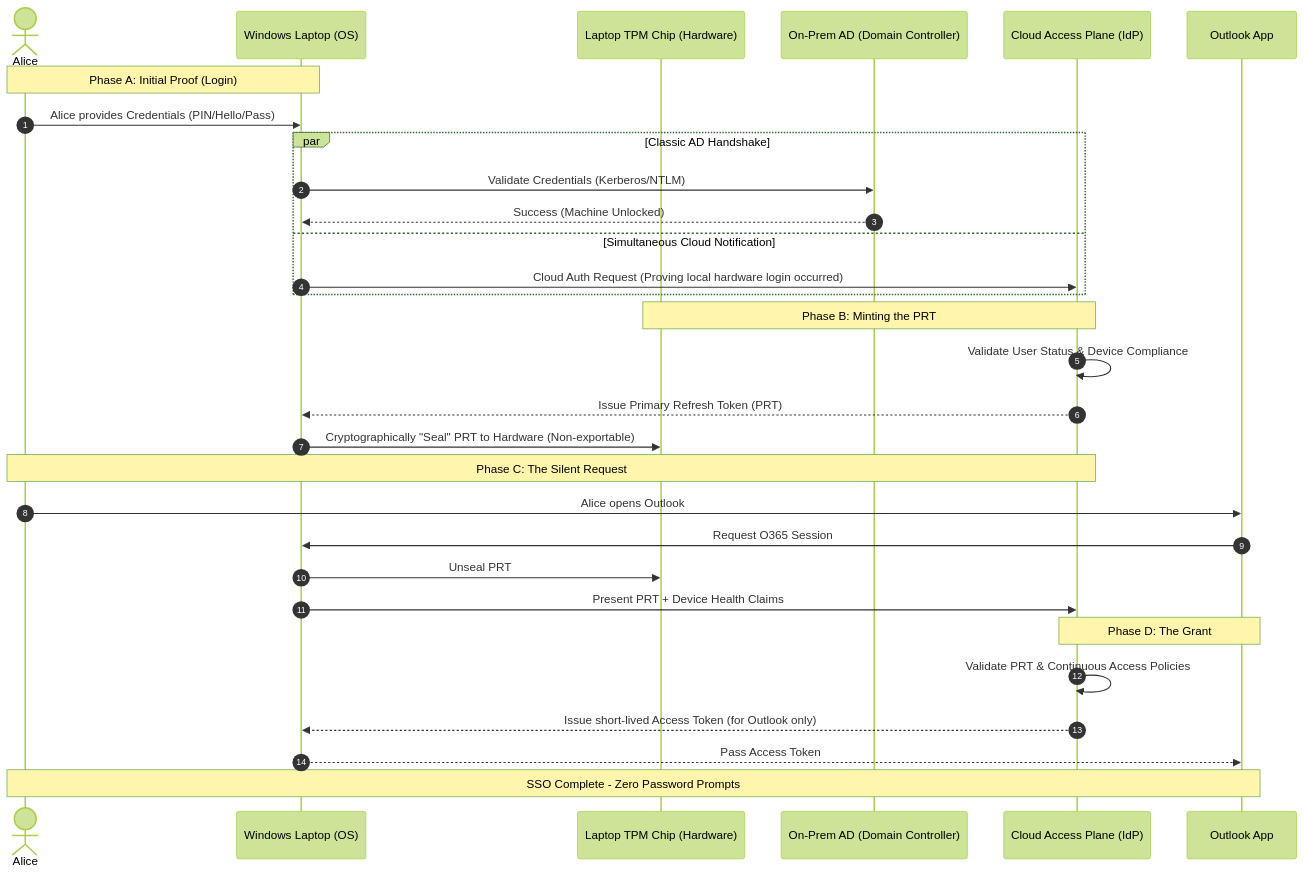
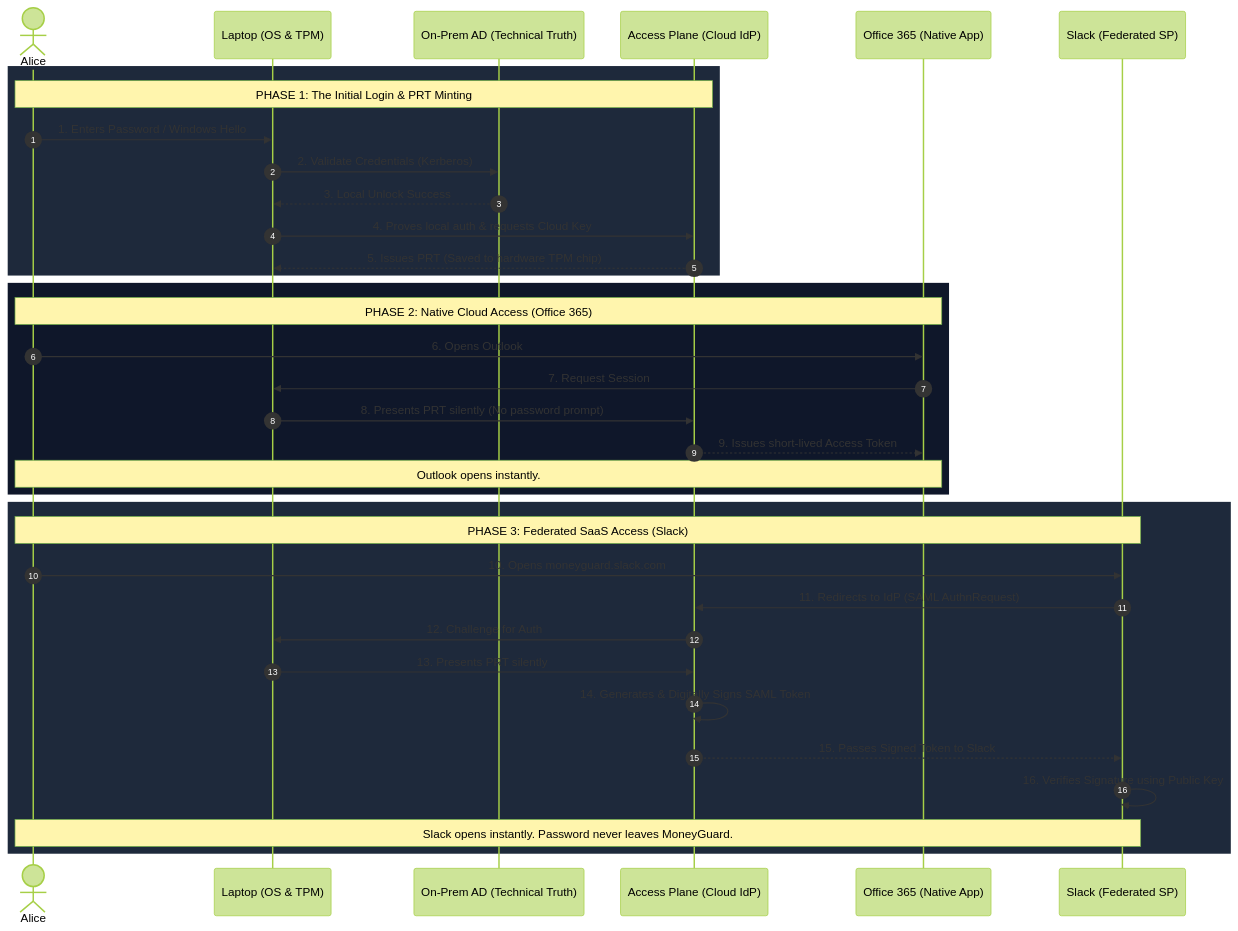
The second of 2 diagrams in 01_Core_IAM_Concepts/06_Identity_Repositories.md (nirajp82/IdentityAccessManagement_IAM), drawn with Mermaid (forest theme) before and after one commit.

Commit message:
Revise sequence diagram for identity repositories
Updated sequence diagram to reflect changes in participants and phases for identity repositories.

````diff
--- a/01_Core_IAM_Concepts/06_Identity_Repositories.md
+++ b/01_Core_IAM_Concepts/06_Identity_Repositories.md
@@ -101,37 +101,40 @@
 ```mermaid
 sequenceDiagram
     autonumber
     actor A as Alice
-    participant L as Windows Laptop (OS)
-    participant TPM as Laptop TPM Chip (Hardware)
-    participant AD as On-Prem AD (Domain Controller)
-    participant AP as Cloud Access Plane (IdP)
-    participant O as Outlook App
+    participant L as Laptop (OS & TPM)
+    participant AD as On-Prem AD (Technical Truth)
+    participant AP as Access Plane (Cloud IdP)
+    participant O as Office 365 (Native App)
+    participant S as Slack (Federated SP)
 
-    Note over A, L: Phase A: Initial Proof (Login)
-    A->>L: Alice provides Credentials (PIN/Hello/Pass)
-    par Classic AD Handshake
-        L->>AD: Validate Credentials (Kerberos/NTLM)
-        AD-->>L: Success (Machine Unlocked)
-    and Simultaneous Cloud Notification
-        L->>AP: Cloud Auth Request (Proving local hardware login occurred)
+    rect rgb(30, 41, 59)
+    Note over A, AP: PHASE 1: The Initial Login & PRT Minting
+    A->>L: 1. Enters Password / Windows Hello
+    L->>AD: 2. Validate Credentials (Kerberos)
+    AD-->>L: 3. Local Unlock Success
+    L->>AP: 4. Proves local auth & requests Cloud Key
+    AP-->>L: 5. Issues PRT (Saved to hardware TPM chip)
     end
 
-    Note over AP, TPM: Phase B: Minting the PRT
-    AP->>AP: Validate User Status & Device Compliance
-    AP-->>L: Issue Primary Refresh Token (PRT)
-    L->>TPM: Cryptographically "Seal" PRT to Hardware (Non-exportable)
+    rect rgb(15, 23, 42)
+    Note over A, O: PHASE 2: Native Cloud Access (Office 365)
+    A->>O: 6. Opens Outlook
+    O->>L: 7. Request Session
+    L->>AP: 8. Presents PRT silently (No password prompt)
+    AP-->>O: 9. Issues short-lived Access Token
+    Note over A, O: Outlook opens instantly.
+    end
 
-    Note over A, AP: Phase C: The Silent Request
-    A->>O: Alice opens Outlook
-    O->>L: Request O365 Session
-    L->>TPM: Unseal PRT
-    L->>AP: Present PRT + Device Health Claims
-
-    Note over AP, O: Phase D: The Grant
-    AP->>AP: Validate PRT & Continuous Access Policies
-    AP-->>L: Issue short-lived Access Token (for Outlook only)
-    L-->>O: Pass Access Token
-    Note over A, O: SSO Complete - Zero Password Prompts
-
+    rect rgb(30, 41, 59)
+    Note over A, S: PHASE 3: Federated SaaS Access (Slack)
+    A->>S: 10. Opens moneyguard.slack.com
+    S->>AP: 11. Redirects to IdP (SAML AuthnRequest)
+    AP->>L: 12. Challenge for Auth
+    L->>AP: 13. Presents PRT silently
+    AP->>AP: 14. Generates & Digitally Signs SAML Token
+    AP-->>S: 15. Passes Signed Token to Slack
+    S->>S: 16. Verifies Signature using Public Key
+    Note over A, S: Slack opens instantly. Password never leaves MoneyGuard.
+    end
 ```
````
